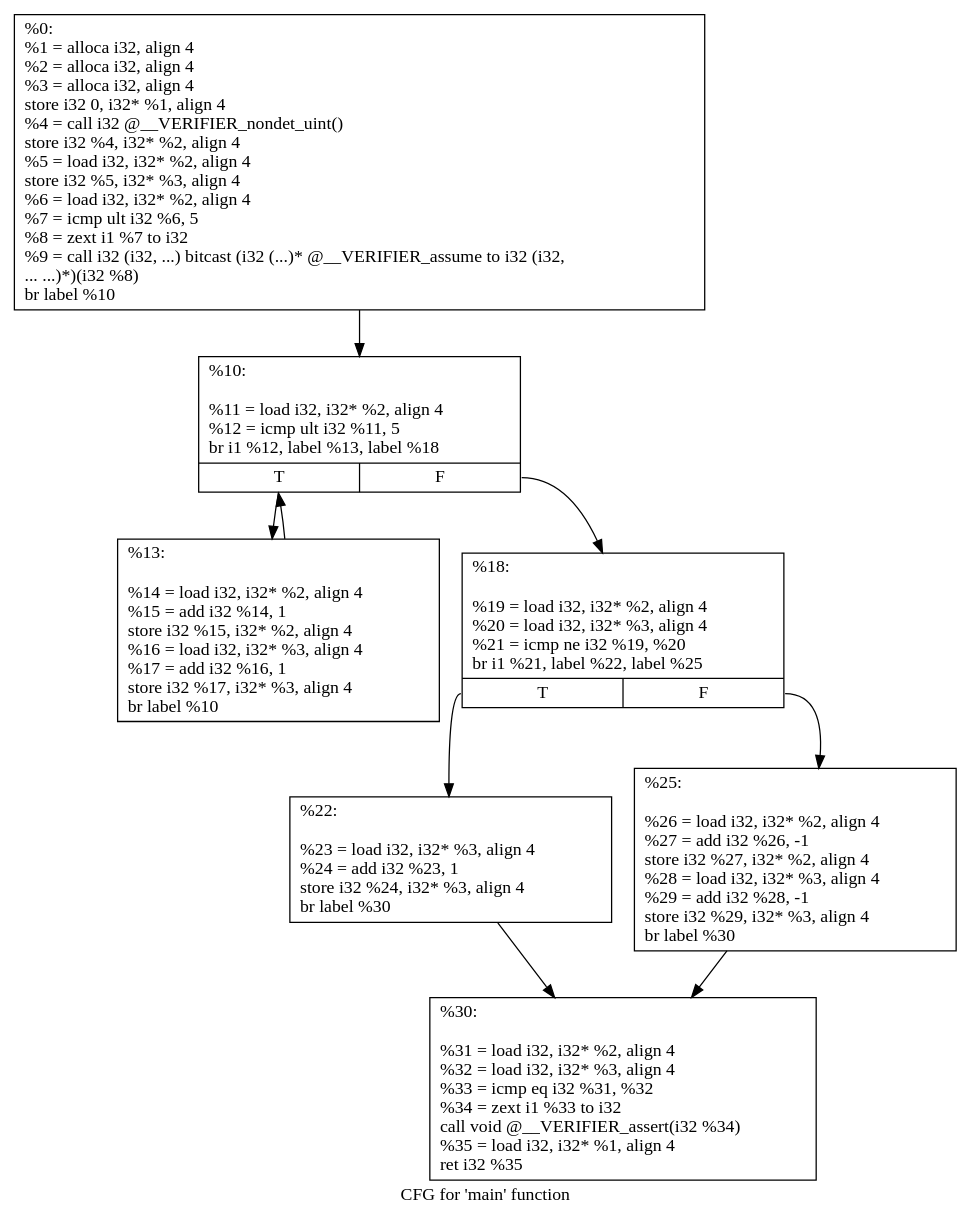
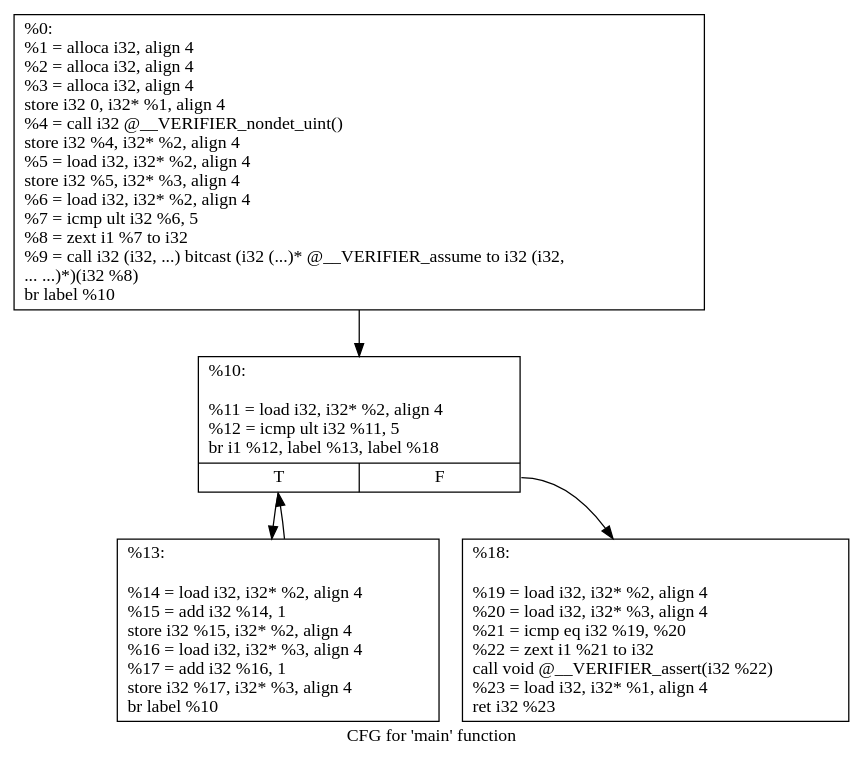
The diagram in playllvm/cfg.main.dot (hbgit/Map2Check), drawn with Graphviz before and after one commit. The commit also changed 12 other files, not shown here.

```diff
--- a/playllvm/cfg.main.dot
+++ b/playllvm/cfg.main.dot
@@ -1,19 +1,12 @@
 digraph "CFG for 'main' function" {
 	label="CFG for 'main' function";
 
-	Node0x565419329ea0 [shape=record,label="{%0:\l  %1 = alloca i32, align 4\l  %2 = alloca i32, align 4\l  %3 = alloca i32, align 4\l  store i32 0, i32* %1, align 4\l  %4 = call i32 @__VERIFIER_nondet_uint()\l  store i32 %4, i32* %2, align 4\l  %5 = load i32, i32* %2, align 4\l  store i32 %5, i32* %3, align 4\l  %6 = load i32, i32* %2, align 4\l  %7 = icmp ult i32 %6, 5\l  %8 = zext i1 %7 to i32\l  %9 = call i32 (i32, ...) bitcast (i32 (...)* @__VERIFIER_assume to i32 (i32,\l... ...)*)(i32 %8)\l  br label %10\l}"];
-	Node0x565419329ea0 -> Node0x56541932aa40;
-	Node0x56541932aa40 [shape=record,label="{%10:\l\l  %11 = load i32, i32* %2, align 4\l  %12 = icmp ult i32 %11, 5\l  br i1 %12, label %13, label %18\l|{<s0>T|<s1>F}}"];
-	Node0x56541932aa40:s0 -> Node0x56541932ac10;
-	Node0x56541932aa40:s1 -> Node0x56541932ac60;
-	Node0x56541932ac10 [shape=record,label="{%13:\l\l  %14 = load i32, i32* %2, align 4\l  %15 = add i32 %14, 1\l  store i32 %15, i32* %2, align 4\l  %16 = load i32, i32* %3, align 4\l  %17 = add i32 %16, 1\l  store i32 %17, i32* %3, align 4\l  br label %10\l}"];
-	Node0x56541932ac10 -> Node0x56541932aa40;
-	Node0x56541932ac60 [shape=record,label="{%18:\l\l  %19 = load i32, i32* %2, align 4\l  %20 = load i32, i32* %3, align 4\l  %21 = icmp ne i32 %19, %20\l  br i1 %21, label %22, label %25\l|{<s0>T|<s1>F}}"];
-	Node0x56541932ac60:s0 -> Node0x56541932b270;
-	Node0x56541932ac60:s1 -> Node0x56541932b2c0;
-	Node0x56541932b270 [shape=record,label="{%22:\l\l  %23 = load i32, i32* %3, align 4\l  %24 = add i32 %23, 1\l  store i32 %24, i32* %3, align 4\l  br label %30\l}"];
-	Node0x56541932b270 -> Node0x56541932b500;
-	Node0x56541932b2c0 [shape=record,label="{%25:\l\l  %26 = load i32, i32* %2, align 4\l  %27 = add i32 %26, -1\l  store i32 %27, i32* %2, align 4\l  %28 = load i32, i32* %3, align 4\l  %29 = add i32 %28, -1\l  store i32 %29, i32* %3, align 4\l  br label %30\l}"];
-	Node0x56541932b2c0 -> Node0x56541932b500;
-	Node0x56541932b500 [shape=record,label="{%30:\l\l  %31 = load i32, i32* %2, align 4\l  %32 = load i32, i32* %3, align 4\l  %33 = icmp eq i32 %31, %32\l  %34 = zext i1 %33 to i32\l  call void @__VERIFIER_assert(i32 %34)\l  %35 = load i32, i32* %1, align 4\l  ret i32 %35\l}"];
+	Node0x564ea415dc20 [shape=record,label="{%0:\l  %1 = alloca i32, align 4\l  %2 = alloca i32, align 4\l  %3 = alloca i32, align 4\l  store i32 0, i32* %1, align 4\l  %4 = call i32 @__VERIFIER_nondet_uint()\l  store i32 %4, i32* %2, align 4\l  %5 = load i32, i32* %2, align 4\l  store i32 %5, i32* %3, align 4\l  %6 = load i32, i32* %2, align 4\l  %7 = icmp ult i32 %6, 5\l  %8 = zext i1 %7 to i32\l  %9 = call i32 (i32, ...) bitcast (i32 (...)* @__VERIFIER_assume to i32 (i32,\l... ...)*)(i32 %8)\l  br label %10\l}"];
+	Node0x564ea415dc20 -> Node0x564ea415e7c0;
+	Node0x564ea415e7c0 [shape=record,label="{%10:\l\l  %11 = load i32, i32* %2, align 4\l  %12 = icmp ult i32 %11, 5\l  br i1 %12, label %13, label %18\l|{<s0>T|<s1>F}}"];
+	Node0x564ea415e7c0:s0 -> Node0x564ea415e990;
+	Node0x564ea415e7c0:s1 -> Node0x564ea415e9e0;
+	Node0x564ea415e990 [shape=record,label="{%13:\l\l  %14 = load i32, i32* %2, align 4\l  %15 = add i32 %14, 1\l  store i32 %15, i32* %2, align 4\l  %16 = load i32, i32* %3, align 4\l  %17 = add i32 %16, 1\l  store i32 %17, i32* %3, align 4\l  br label %10\l}"];
+	Node0x564ea415e990 -> Node0x564ea415e7c0;
+	Node0x564ea415e9e0 [shape=record,label="{%18:\l\l  %19 = load i32, i32* %2, align 4\l  %20 = load i32, i32* %3, align 4\l  %21 = icmp eq i32 %19, %20\l  %22 = zext i1 %21 to i32\l  call void @__VERIFIER_assert(i32 %22)\l  %23 = load i32, i32* %1, align 4\l  ret i32 %23\l}"];
 }
```
